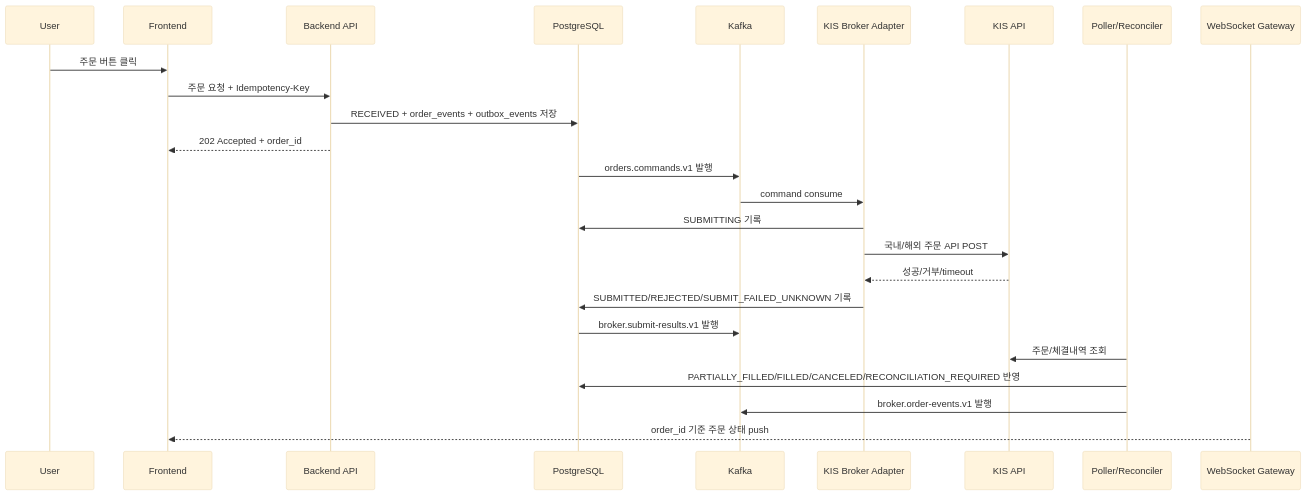
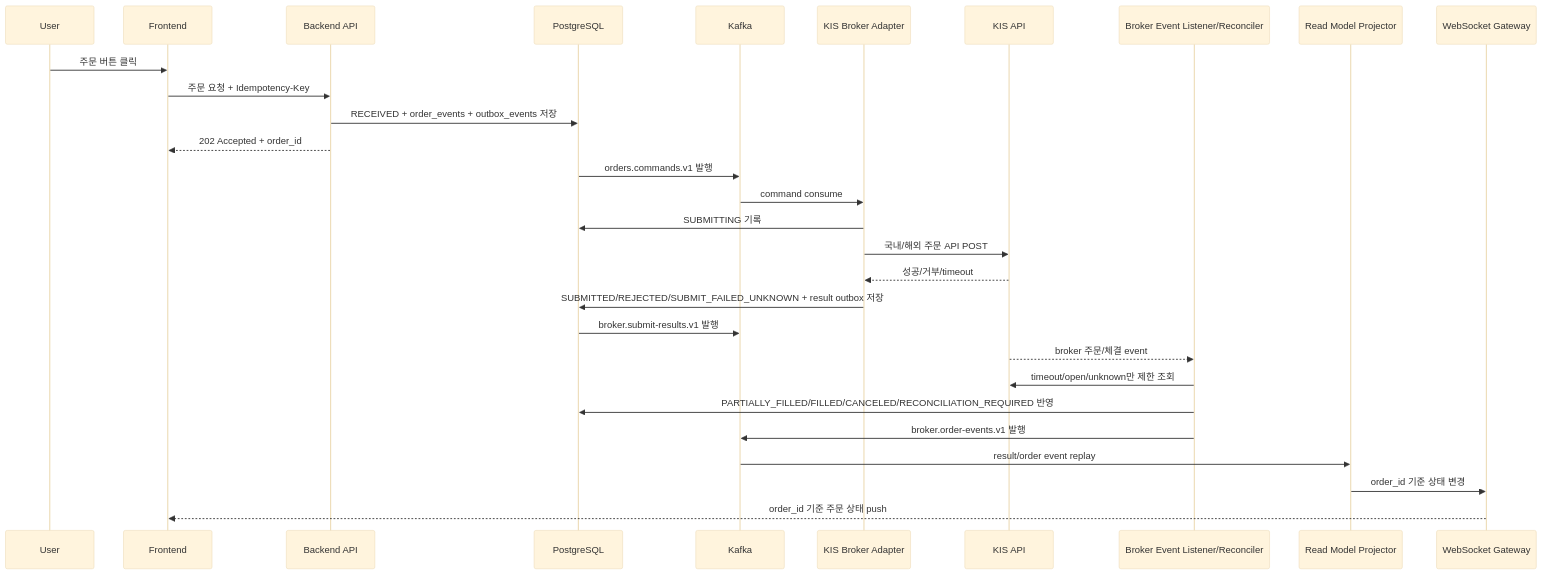
Before and after one commit to seunglee10/GOPS-BE: the diagram in docs/security-reliability-milestones.md, drawn with Mermaid (base theme). The commit also changed other lines of this file and 30 other files, not shown here.

````diff
--- a/docs/security-reliability-milestones.md
+++ b/docs/security-reliability-milestones.md
@@ -24,28 +27,32 @@
 ```mermaid
 sequenceDiagram
   participant U as User
   participant FE as Frontend
   participant API as Backend API
   participant DB as PostgreSQL
   participant K as Kafka
   participant A as KIS Broker Adapter
   participant KIS as KIS API
-  participant P as Poller/Reconciler
+  participant P as Broker Event Listener/Reconciler
+  participant R as Read Model Projector
   participant W as WebSocket Gateway
 
   U->>FE: 주문 버튼 클릭
   FE->>API: 주문 요청 + Idempotency-Key
   API->>DB: RECEIVED + order_events + outbox_events 저장
   API-->>FE: 202 Accepted + order_id
   DB->>K: orders.commands.v1 발행
   K->>A: command consume
   A->>DB: SUBMITTING 기록
   A->>KIS: 국내/해외 주문 API POST
   KIS-->>A: 성공/거부/timeout
-  A->>DB: SUBMITTED/REJECTED/SUBMIT_FAILED_UNKNOWN 기록
+  A->>DB: SUBMITTED/REJECTED/SUBMIT_FAILED_UNKNOWN + result outbox 저장
   DB->>K: broker.submit-results.v1 발행
-  P->>KIS: 주문/체결내역 조회
+  KIS-->>P: broker 주문/체결 event
+  P->>KIS: timeout/open/unknown만 제한 조회
   P->>DB: PARTIALLY_FILLED/FILLED/CANCELED/RECONCILIATION_REQUIRED 반영
   P->>K: broker.order-events.v1 발행
+  K->>R: result/order event replay
+  R->>W: order_id 기준 상태 변경
   W-->>FE: order_id 기준 주문 상태 push
 ```
````
